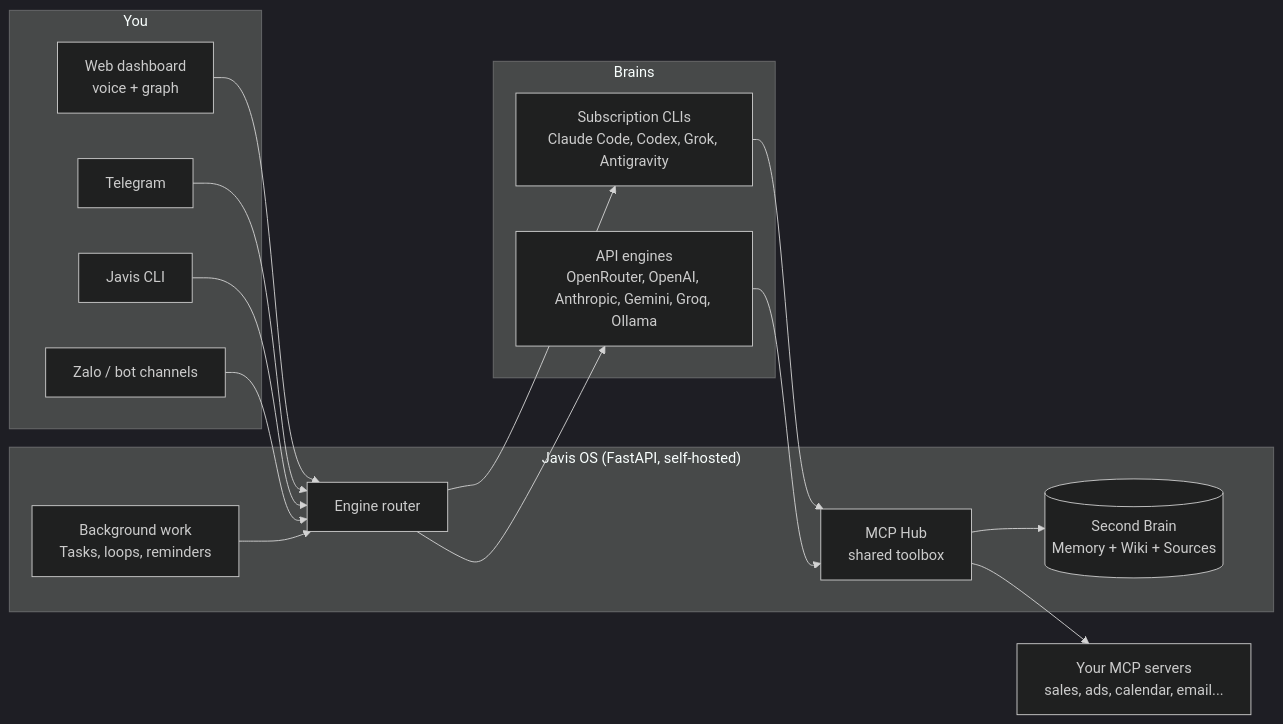
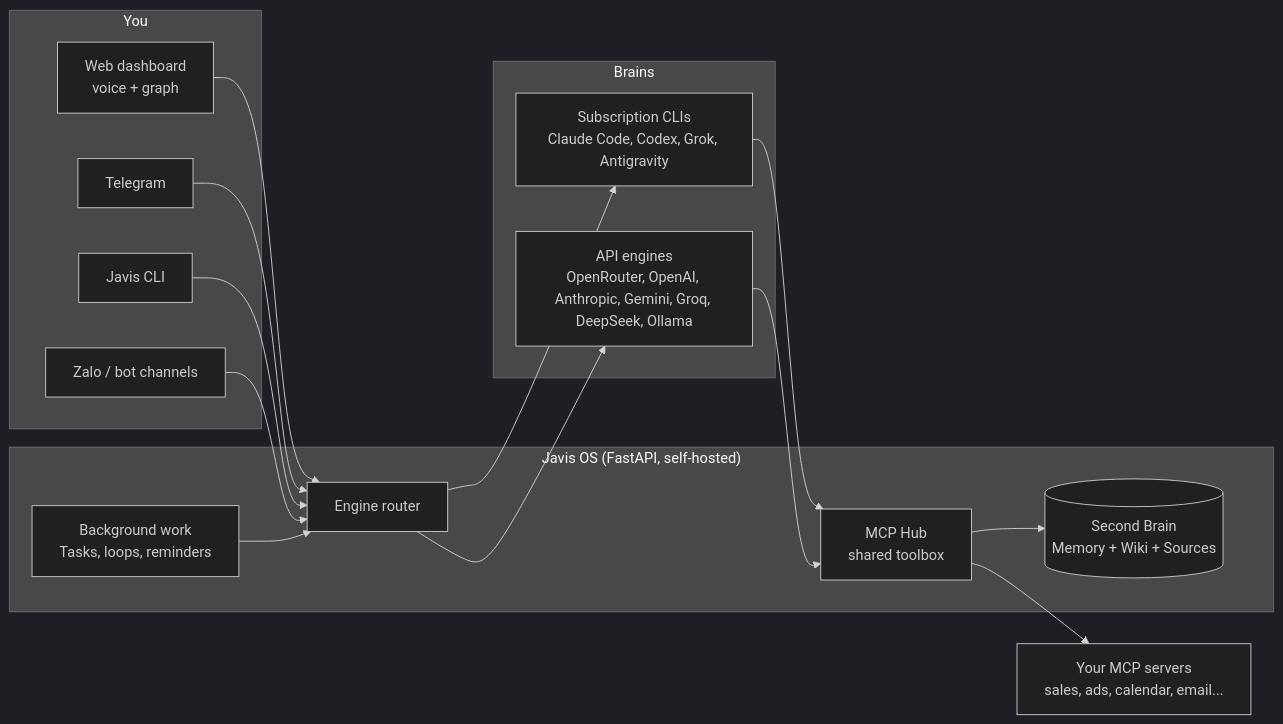
One commit to blogminhquy/javis-os changed the diagram in README.md. Above: the diagram before and after it, drawn with Mermaid (dark theme). The commit also changed other lines of this file and 26 other files, not shown here.

First line of the commit message:
0.91.0: DeepSeek as an API brain (#608)

````diff
--- a/README.md
+++ b/README.md
@@ -207,25 +207,25 @@
 ```mermaid
 flowchart LR
     subgraph You
         W[Web dashboard<br>voice + graph]
         T[Telegram]
         C[Javis CLI]
         Z[Zalo / bot channels]
     end
     subgraph Javis["Javis OS (FastAPI, self-hosted)"]
         R[Engine router]
         H[MCP Hub<br>shared toolbox]
         B[(Second Brain<br>Memory + Wiki + Sources)]
         Q[Background work<br>Tasks, loops, reminders]
     end
     subgraph Brains
         S[Subscription CLIs<br>Claude Code, Codex, Grok, Antigravity]
-        A[API engines<br>OpenRouter, OpenAI, Anthropic, Gemini, Groq, Ollama]
+        A[API engines<br>OpenRouter, OpenAI, Anthropic, Gemini, Groq, DeepSeek, Ollama]
     end
     W & T & C & Z --> R
     R --> S & A
     S & A --> H
     H --> B
     H --> M[Your MCP servers<br>sales, ads, calendar, email...]
     Q --> R
 ```
````
